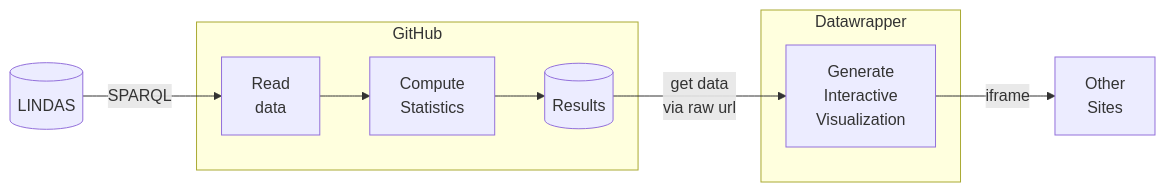
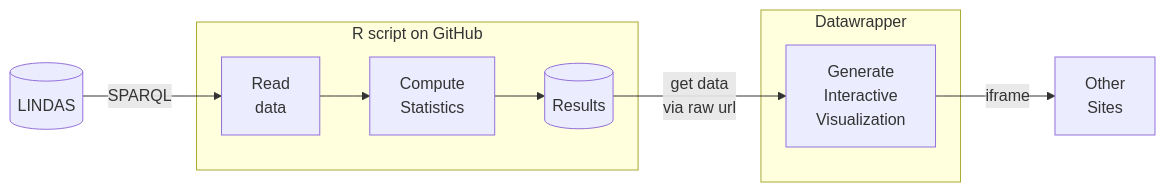
The diagram in README.md (blw-ofag-ufag/poc-producers-share), drawn with Mermaid before and after one commit.

````diff
--- a/README.md
+++ b/README.md
@@ -14,12 +14,12 @@
 ```mermaid
 graph LR
   A[(LINDAS)] --SPARQL--> B
-  subgraph GitHub
+  subgraph R script on GitHub
     B[Read\ndata]
     B -->  C[Compute\nStatistics] --> F[(Results)]
   end
   subgraph Datawrapper
     F --get data\nvia raw url--> G[Generate\nInteractive\nVisualization]
   end
   G --iframe--> H[Other\nSites]
 ```
````
